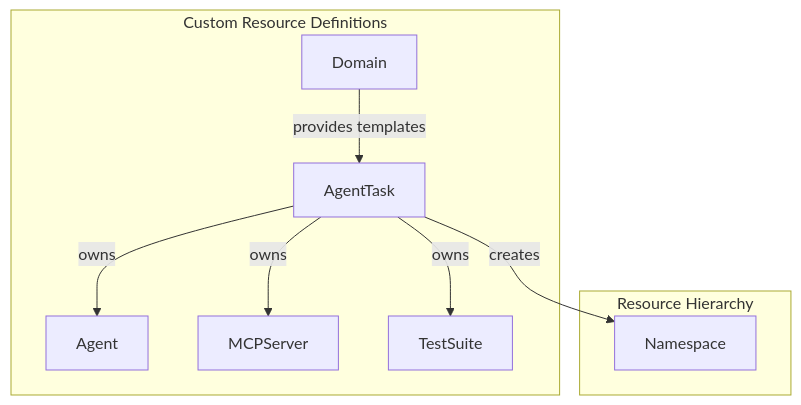
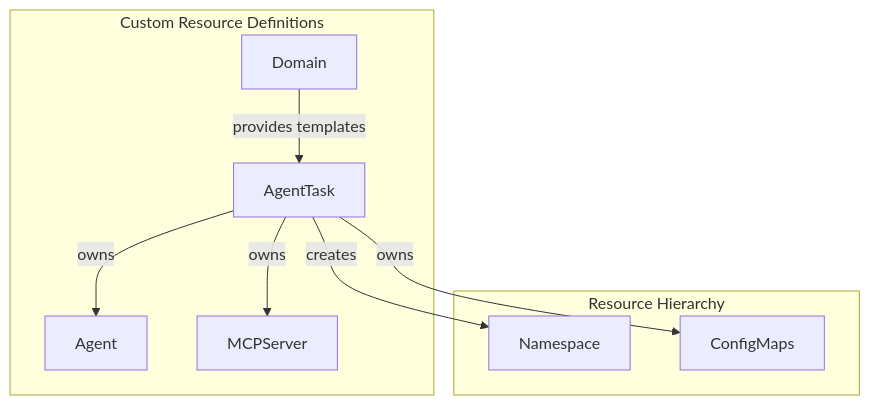
Before and after one commit to dshcherbatiuk/forgemaster: the first of 6 diagrams in docs/arch/09-crd-specifications.md, drawn with Mermaid. The commit also changed other lines of this file and 14 other files, not shown here.

First line of the commit message:
docs: OHS-0000 Update architecture docs with entity responsibilities

````diff
--- a/docs/arch/09-crd-specifications.md
+++ b/docs/arch/09-crd-specifications.md
@@ -7,18 +7,17 @@
 ```mermaid
 flowchart TB
     subgraph CRDs["Custom Resource Definitions"]
         AT[AgentTask]
         AG[Agent]
         MCP[MCPServer]
-        TS[TestSuite]
         DOM[Domain]
     end
 
     subgraph Hierarchy["Resource Hierarchy"]
         AT -->|creates| NS[Namespace]
         AT -->|owns| AG
         AT -->|owns| MCP
-        AT -->|owns| TS
+        AT -->|owns| CM[ConfigMaps]
         DOM -->|provides templates| AT
     end
 ```
````
